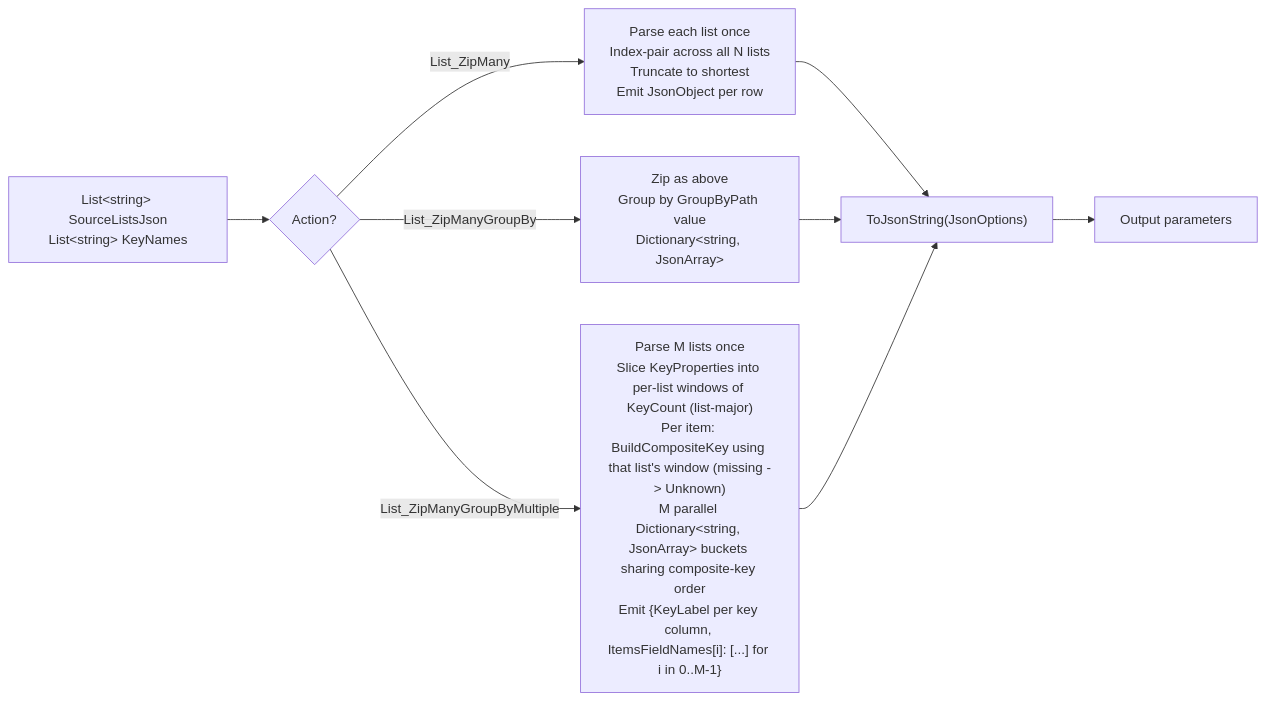
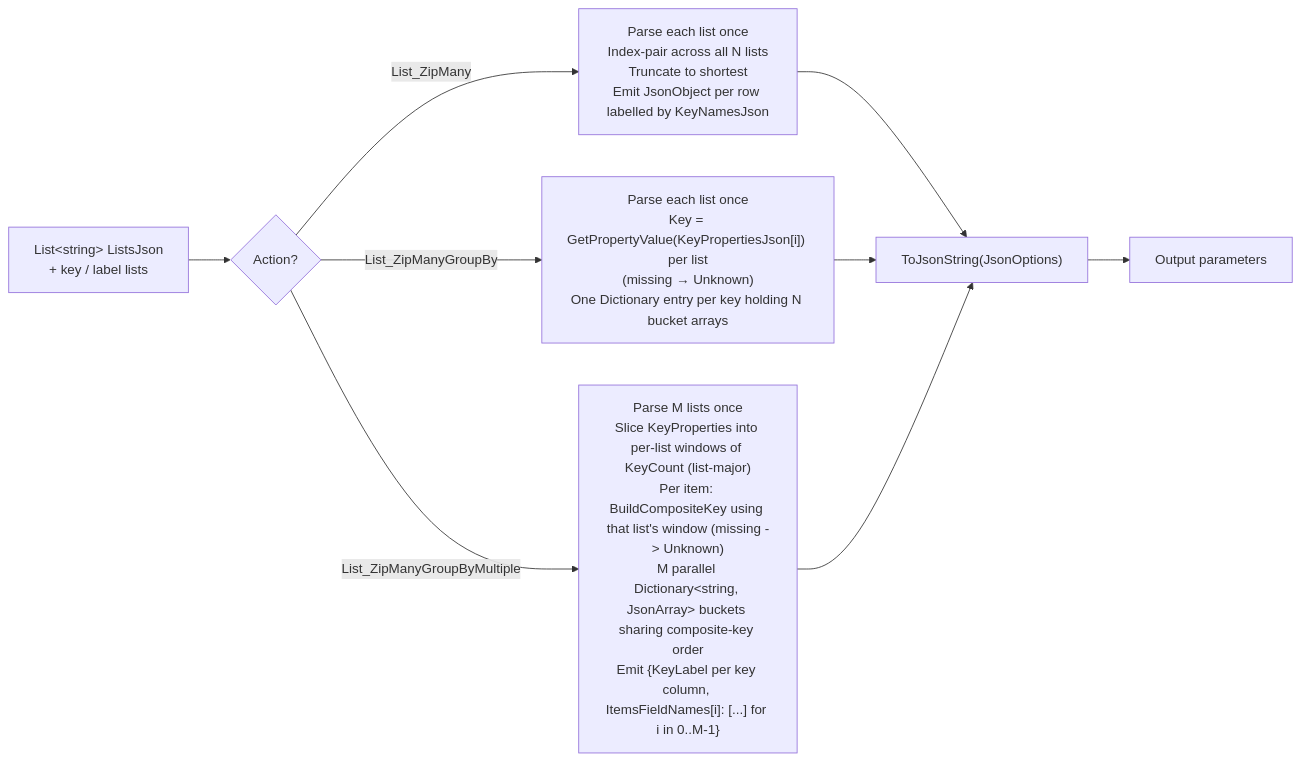
The sixth of 7 diagrams in ARCHITECTURE.md (alex-cres/OSListUtilsServerSide), drawn with Mermaid before and after one commit. The commit also changed other lines of this file and 15 other files, not shown here.

````diff
--- a/ARCHITECTURE.md
+++ b/ARCHITECTURE.md
@@ -177,11 +183,11 @@
 ```mermaid
 flowchart LR
-    In["List&lt;string&gt; SourceListsJson<br/>List&lt;string&gt; KeyNames"] --> Type{Action?}
-    Type -->|List_ZipMany| Zip["Parse each list once<br/>Index-pair across all N lists<br/>Truncate to shortest<br/>Emit JsonObject per row"]
-    Type -->|List_ZipManyGroupBy| ZipGroup["Zip as above<br/>Group by GroupByPath value<br/>Dictionary&lt;string, JsonArray&gt;"]
+    In["List&lt;string&gt; ListsJson<br/>+ key / label lists"] --> Type{Action?}
+    Type -->|List_ZipMany| Zip["Parse each list once<br/>Index-pair across all N lists<br/>Truncate to shortest<br/>Emit JsonObject per row labelled by KeyNamesJson"]
+    Type -->|List_ZipManyGroupBy| ZipGroup["Parse each list once<br/>Key = GetPropertyValue(KeyPropertiesJson[i]) per list<br/>(missing → Unknown)<br/>One Dictionary entry per key holding N bucket arrays"]
     Type -->|List_ZipManyGroupByMultiple| ZipGroupN["Parse M lists once<br/>Slice KeyProperties into per-list windows of KeyCount (list-major)<br/>Per item: BuildCompositeKey using that list's window (missing -> Unknown)<br/>M parallel Dictionary&lt;string, JsonArray&gt; buckets sharing composite-key order<br/>Emit {KeyLabel per key column, ItemsFieldNames[i]: [...] for i in 0..M-1}"]
     Zip --> Serialize["ToJsonString(JsonOptions)"]
     ZipGroup --> Serialize
     ZipGroupN --> Serialize
     Serialize --> Out[Output parameters]
 ```
````
